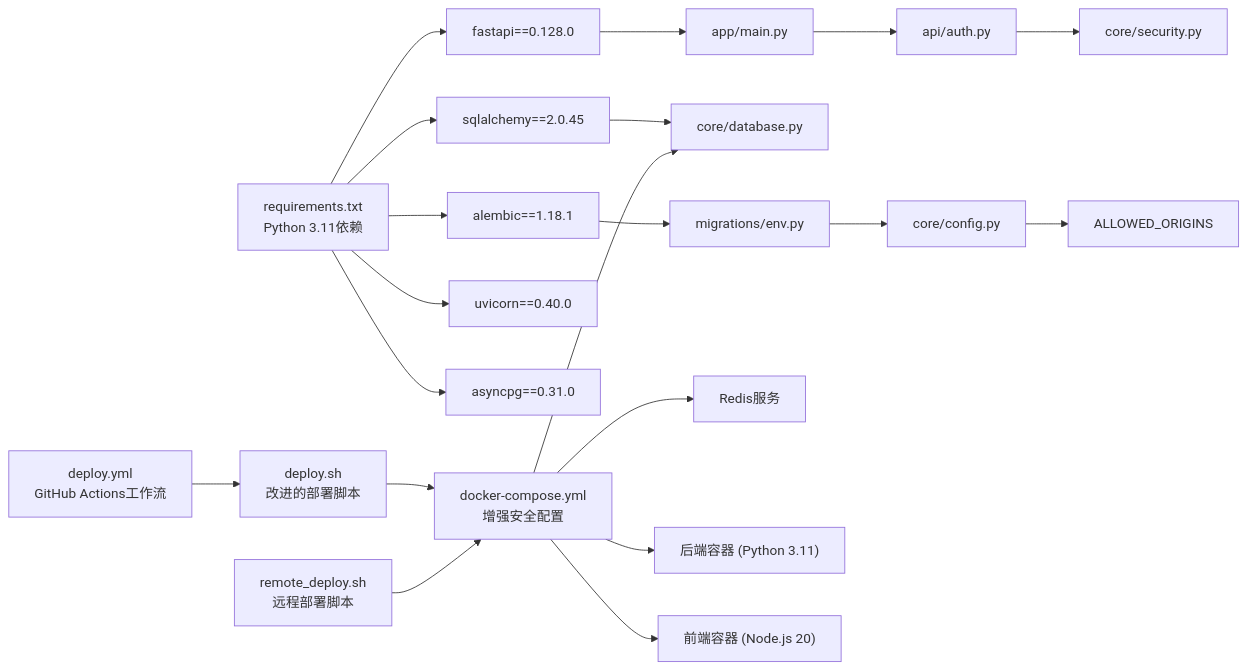
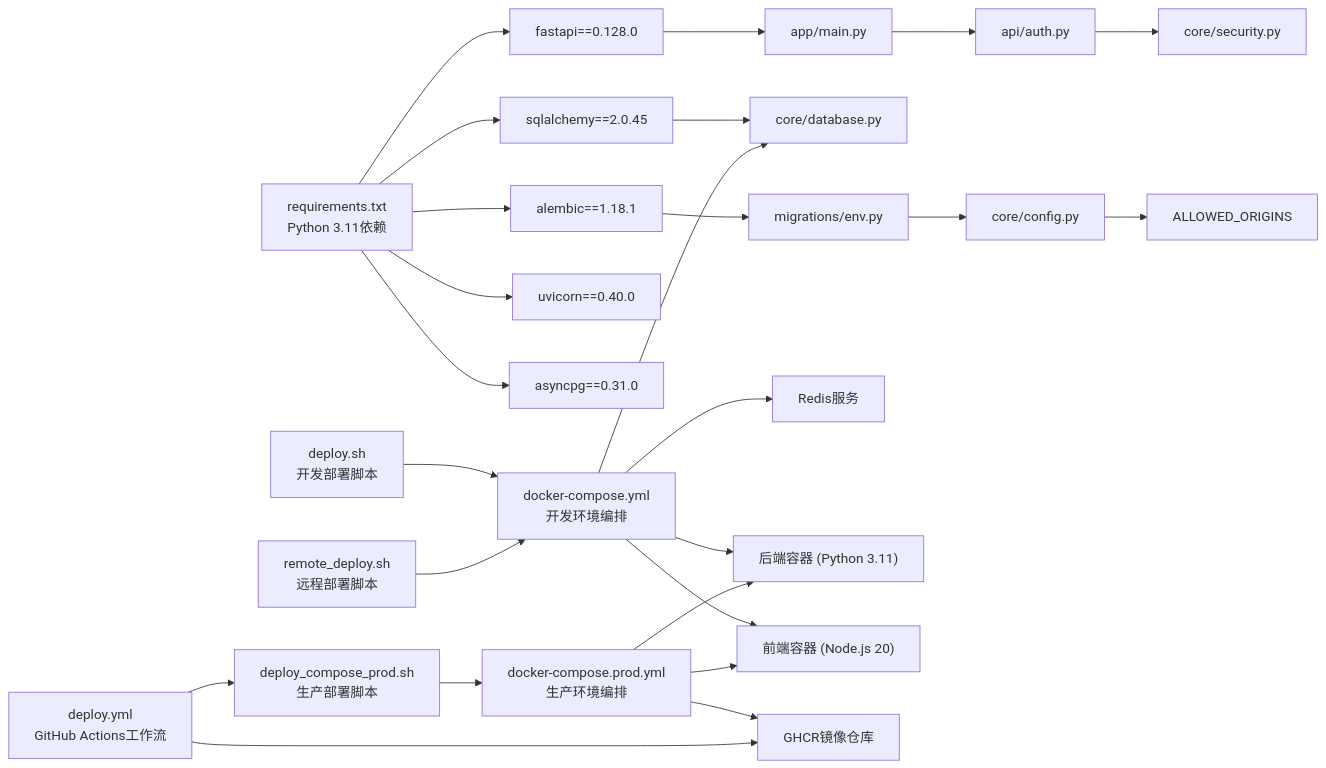
The sixth of 6 diagrams in .qoder/repowiki/zh/content/部署与运维/生产环境部署.md (breeze-lyf/ai-stock-advisor), drawn with Mermaid before and after one commit. The commit also changed other lines of this file and 10 other files, not shown here.

Commit message:
docs: Update AI analysis service documentation and refine GitHub Actions deployment workflow.

````diff
--- a/.qoder/repowiki/zh/content/部署与运维/生产环境部署.md
+++ b/.qoder/repowiki/zh/content/部署与运维/生产环境部署.md
@@ -339,22 +373,27 @@
 ```mermaid
 graph LR
 Req["requirements.txt<br/>Python 3.11依赖"] --> FastAPI["fastapi==0.128.0"]
 Req --> SQLA["sqlalchemy==2.0.45"]
 Req --> Alembic["alembic==1.18.1"]
 Req --> Uvicorn["uvicorn==0.40.0"]
 Req --> AsyncPg["asyncpg==0.31.0"]
 FastAPI --> AppMain["app/main.py"]
 SQLA --> DB["core/database.py"]
 Alembic --> Env["migrations/env.py"]
 Env --> Cfg["core/config.py"]
 AppMain --> Auth["api/auth.py"]
 Auth --> Sec["core/security.py"]
 Cfg --> EnvOrigins["ALLOWED_ORIGINS"]
-DC["docker-compose.yml<br/>增强安全配置"] --> DB
+DC["docker-compose.yml<br/>开发环境编排"] --> DB
 DC --> Redis["Redis服务"]
 DC --> Backend["后端容器 (Python 3.11)"]
 DC --> Frontend["前端容器 (Node.js 20)"]
-Deploy["deploy.sh<br/>改进的部署脚本"] --> DC
+DCP["docker-compose.prod.yml<br/>生产环境编排"] --> GHCR["GHCR镜像仓库"]
+DCP --> Backend
+DCP --> Frontend
+Deploy["deploy.sh<br/>开发部署脚本"] --> DC
 RemoteDeploy["remote_deploy.sh<br/>远程部署脚本"] --> DC
-GHA["deploy.yml<br/>GitHub Actions工作流"] --> Deploy
+PCDeploy["deploy_compose_prod.sh<br/>生产部署脚本"] --> DCP
+GHA["deploy.yml<br/>GitHub Actions工作流"] --> PCDeploy
+GHA --> GHCR
 ```
````
